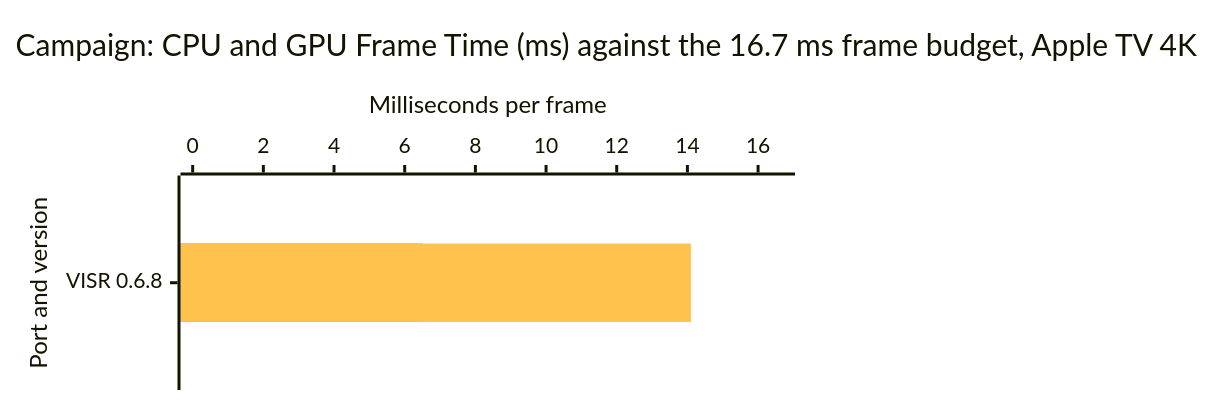
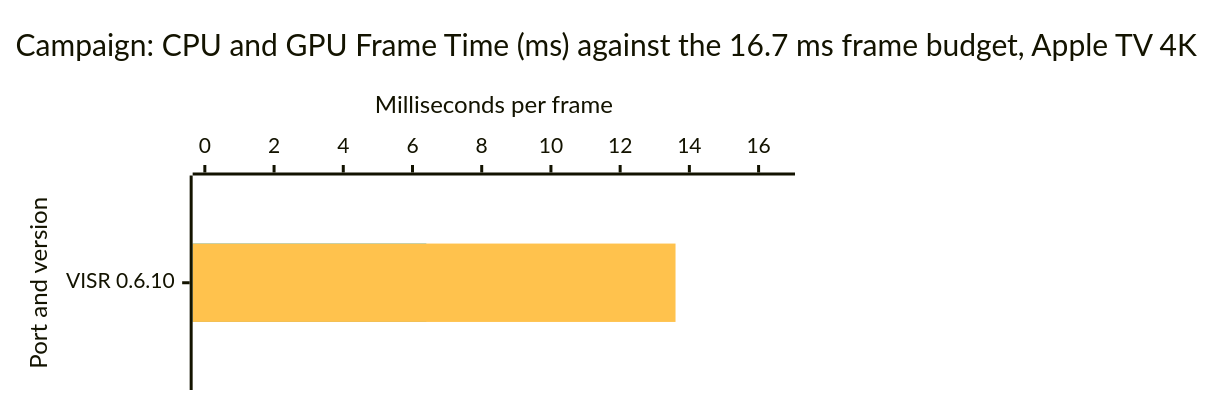
Before and after one commit to VISR-CE/visr: the fifth of 8 diagrams in docs/benchmarks.md, drawn with Mermaid. The commit also changed other lines of this file and 7 other files, not shown here.

````diff
--- a/docs/benchmarks.md
+++ b/docs/benchmarks.md
@@ -138,17 +138,17 @@
 ```mermaid
 ---
 config:
   xyChart:
     width: 520
     height: 250
   themeVariables:
     xyChart:
       plotColorPalette: "#1fa9d4, #ffc24d"
 ---
 xychart-beta horizontal
     title "Campaign: CPU and GPU Frame Time (ms) against the 16.7 ms frame budget, Apple TV 4K"
-    x-axis "Port and version" ["VISR 0.6.8"]
+    x-axis "Port and version" ["VISR 0.6.10"]
     y-axis "Milliseconds per frame" 0 --> 16.7
-    bar [6.5]
-    bar [14.1]
+    bar [6.4]
+    bar [13.6]
 ```
````
